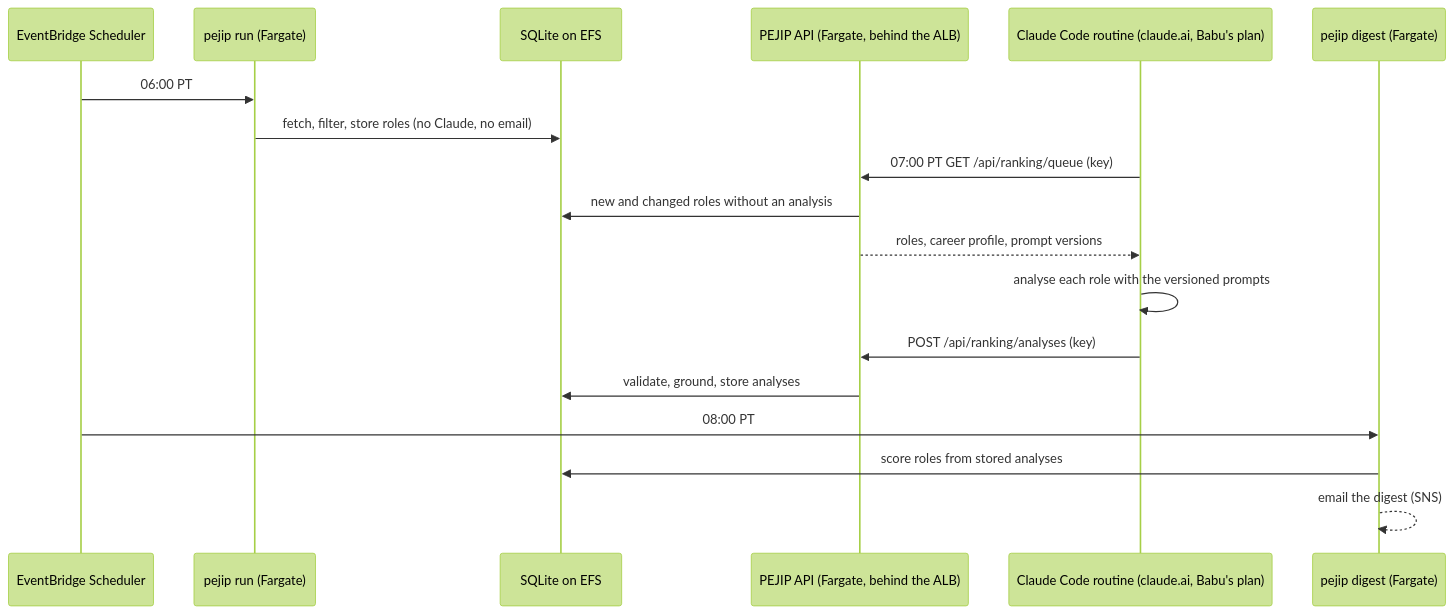
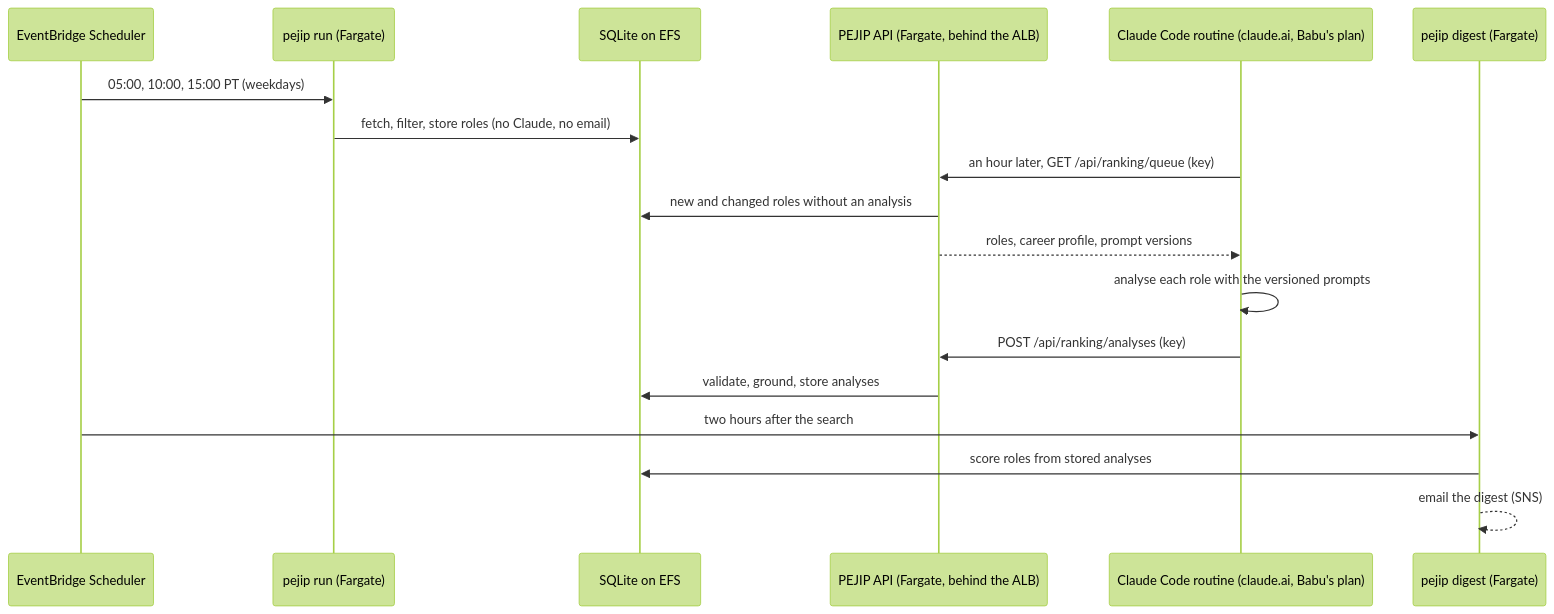
Before and after one commit to madduri-ops/PEJIP: the diagram in docs/design/0015-ranking-routine.md, drawn with Mermaid (forest theme). The commit also changed other lines of this file and 9 other files, not shown here.

````diff
--- a/docs/design/0015-ranking-routine.md
+++ b/docs/design/0015-ranking-routine.md
@@ -28,20 +28,20 @@
 ```mermaid
 sequenceDiagram
     participant S as EventBridge Scheduler
     participant R as pejip run (Fargate)
     participant DB as SQLite on EFS
     participant API as PEJIP API (Fargate, behind the ALB)
     participant C as Claude Code routine (claude.ai, Babu's plan)
     participant D as pejip digest (Fargate)
-    S->>R: 06:00 PT
+    S->>R: 05:00, 10:00, 15:00 PT (weekdays)
     R->>DB: fetch, filter, store roles (no Claude, no email)
-    C->>API: 07:00 PT GET /api/ranking/queue (key)
+    C->>API: an hour later, GET /api/ranking/queue (key)
     API->>DB: new and changed roles without an analysis
     API-->>C: roles, career profile, prompt versions
     C->>C: analyse each role with the versioned prompts
     C->>API: POST /api/ranking/analyses (key)
     API->>DB: validate, ground, store analyses
-    S->>D: 08:00 PT
+    S->>D: two hours after the search
     D->>DB: score roles from stored analyses
     D-->>D: email the digest (SNS)
 ```
````
